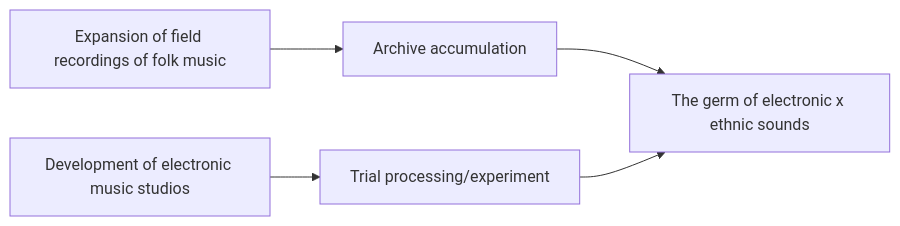
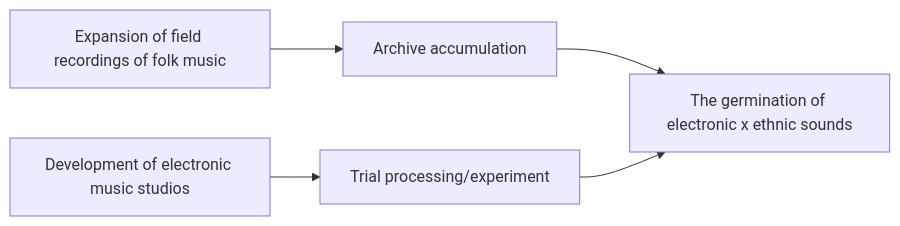
The fourth of 5 diagrams in en/_posts/2025-12-09-column-electronic-world-fusion.md (monumental-movement/monumental-movement.github.io), drawn with Mermaid before and after one commit. The commit also changed other lines of this file and 504 other files, not shown here.

```diff
--- a/en/_posts/2025-12-09-column-electronic-world-fusion.md
+++ b/en/_posts/2025-12-09-column-electronic-world-fusion.md
@@ -255,7 +255,7 @@
 <div class="mermaid">
 flowchart LR
     A["Expansion of field recordings of folk music"] --> C["Archive accumulation"]
     B["Development of electronic music studios"] --> D["Trial processing/experiment"]
-    C --> E["The germ of electronic x ethnic sounds"]
+    C --> E["The germination of electronic x ethnic sounds"]
     D --> E
 </div>
```
